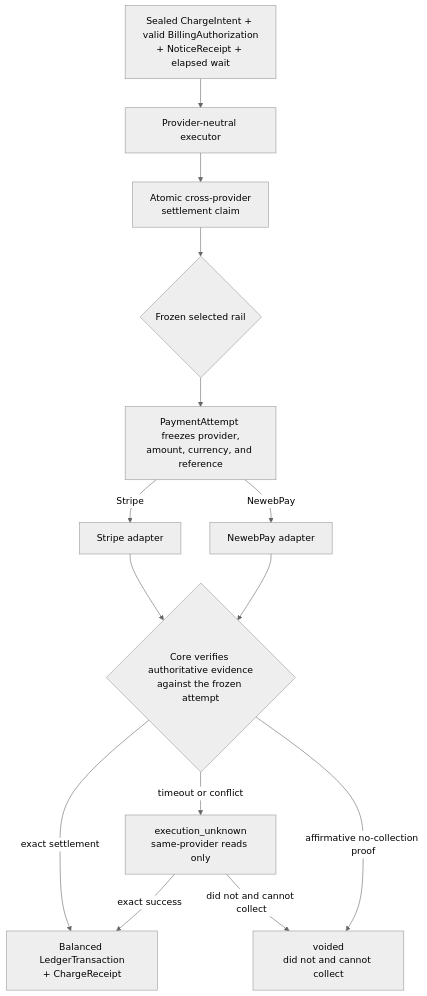
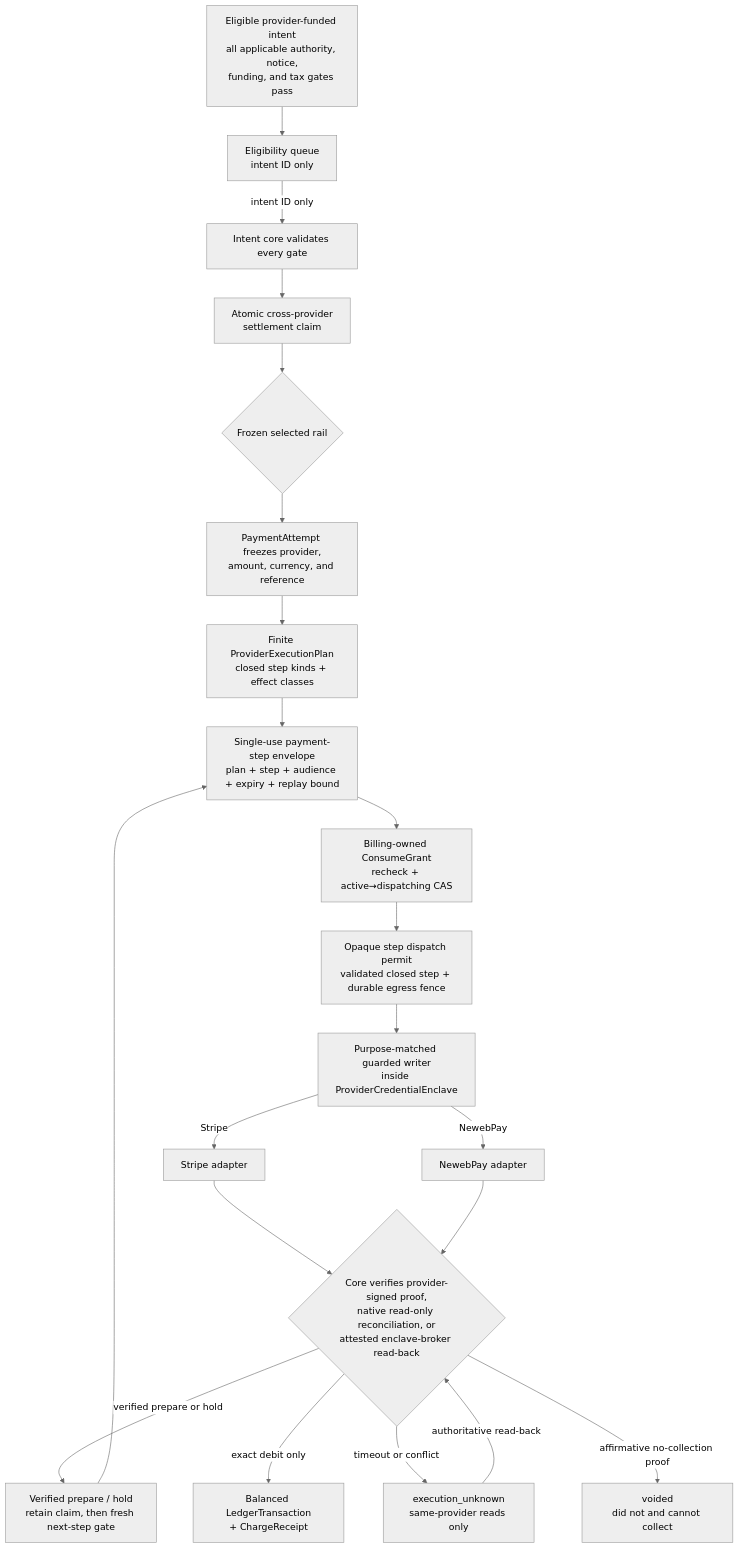
The ninth of 9 diagrams in docs/DESIGN.md (mirrorstack-ai/billing-engine), drawn with Mermaid (neutral theme) before and after one commit. The commit also changed other lines of this file and 8 other files, not shown here.

Commit message:
docs: harden intent-only billing architecture

````diff
--- a/docs/DESIGN.md
+++ b/docs/DESIGN.md
@@ -521,23 +1880,31 @@
 ```mermaid
 flowchart TD
-    Eligible["Sealed ChargeIntent + valid BillingAuthorization<br/>+ NoticeReceipt + elapsed wait"]
-    Executor["Provider-neutral executor"]
+    Eligible["Eligible provider-funded intent<br/>all applicable authority, notice,<br/>funding, and tax gates pass"]
+    Scheduler["Eligibility queue<br/>intent ID only"]
+    Core["Intent core validates every gate"]
     Claim["Atomic cross-provider<br/>settlement claim"]
     Rail{"Frozen selected rail"}
     Attempt["PaymentAttempt freezes provider,<br/>amount, currency, and reference"]
+    Plan["Finite ProviderExecutionPlan<br/>closed step kinds + effect classes"]
+    Envelope["Single-use payment-step envelope<br/>plan + step + audience + expiry + replay bound"]
+    Consume["Billing-owned ConsumeGrant<br/>recheck + active→dispatching CAS"]
+    Permit["Opaque step dispatch permit<br/>validated closed step + durable egress fence"]
+    Executor["Purpose-matched guarded writer<br/>inside ProviderCredentialEnclave"]
     Stripe["Stripe adapter"]
     NewebPay["NewebPay adapter"]
-    Verify{"Core verifies authoritative evidence<br/>against the frozen attempt"}
+    Verify{"Core verifies provider-signed proof,<br/>native read-only reconciliation, or<br/>attested enclave-broker read-back"}
+    Advance["Verified prepare / hold<br/>retain claim, then fresh next-step gate"]
     Unknown["execution_unknown<br/>same-provider reads only"]
     Void["voided<br/>did not and cannot collect"]
     Ledger["Balanced LedgerTransaction<br/>+ ChargeReceipt"]
 
-    Eligible --> Executor --> Claim --> Rail --> Attempt
-    Attempt -->|Stripe| Stripe --> Verify
-    Attempt -->|NewebPay| NewebPay --> Verify
-    Verify -->|exact settlement| Ledger
+    Eligible --> Scheduler -->|intent ID only| Core
+    Core --> Claim --> Rail --> Attempt --> Plan --> Envelope --> Consume --> Permit --> Executor
+    Executor -->|Stripe| Stripe --> Verify
+    Executor -->|NewebPay| NewebPay --> Verify
+    Verify -->|verified prepare or hold| Advance --> Envelope
+    Verify -->|exact debit only| Ledger
     Verify -->|timeout or conflict| Unknown
     Verify -->|affirmative no-collection proof| Void
-    Unknown -->|exact success| Ledger
-    Unknown -->|did not and cannot collect| Void
+    Unknown -->|authoritative read-back| Verify
 ```
````
